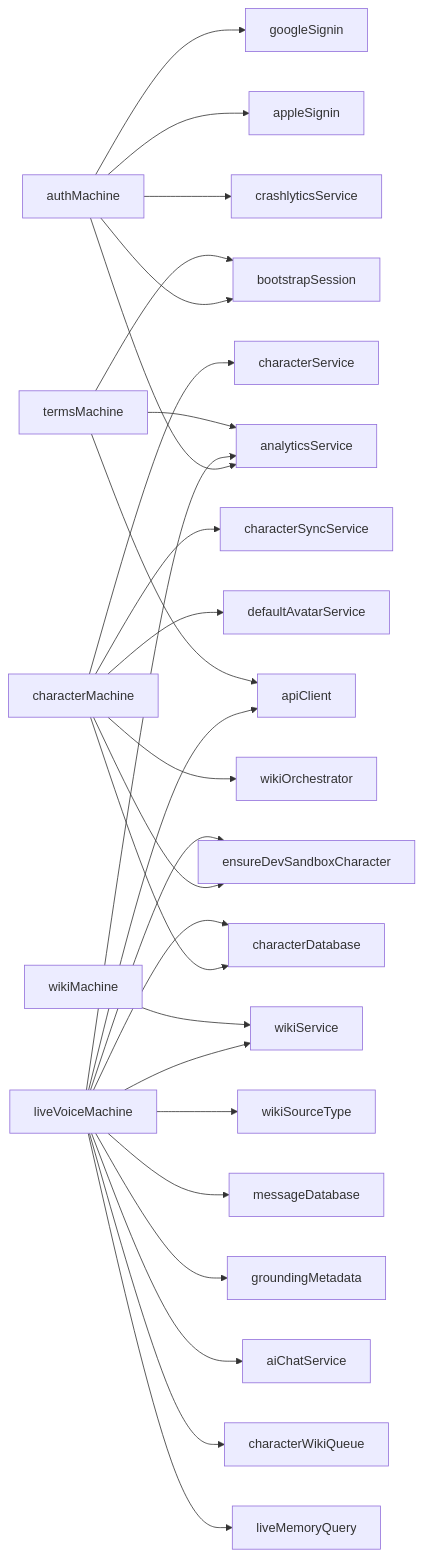
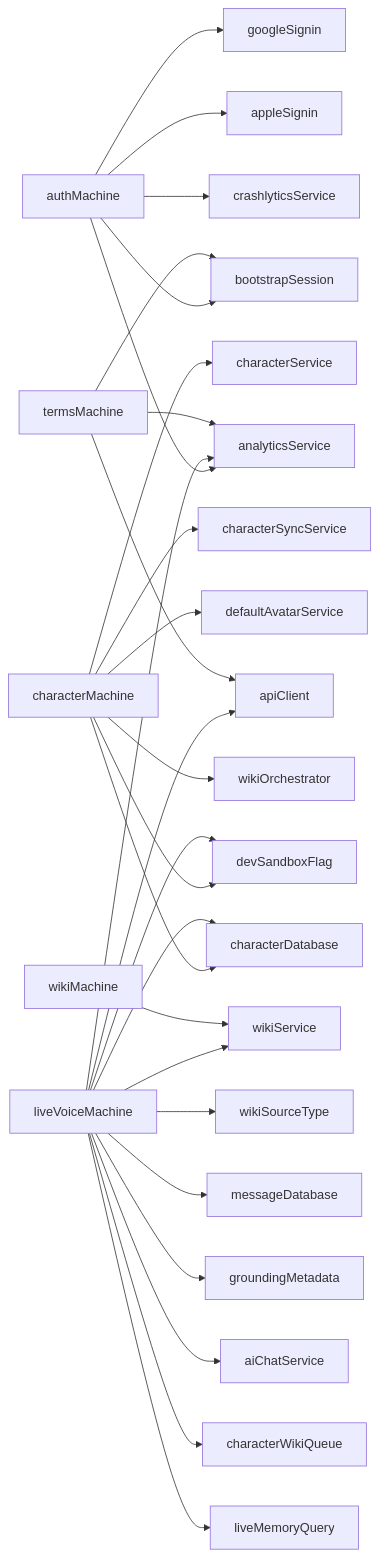
Before and after one commit to equationalapplications/clanker: the diagram in docs/flowcharts/MACHINES.md, drawn with Mermaid. The commit also changed 21 other files, not shown here.

First line of the commit message:
refactor(auth): extract devSandboxFlag to break import cycles

````diff
--- a/docs/flowcharts/MACHINES.md
+++ b/docs/flowcharts/MACHINES.md
@@ -4,29 +4,29 @@
 ```mermaid
 graph LR
   authMachine --> googleSignin
   authMachine --> appleSignin
   authMachine --> bootstrapSession
   authMachine --> crashlyticsService
   authMachine --> analyticsService
   characterMachine --> characterService
   characterMachine --> characterDatabase
   characterMachine --> characterSyncService
   characterMachine --> defaultAvatarService
   characterMachine --> wikiOrchestrator
-  characterMachine --> ensureDevSandboxCharacter
+  characterMachine --> devSandboxFlag
   liveVoiceMachine --> analyticsService
-  liveVoiceMachine --> ensureDevSandboxCharacter
+  liveVoiceMachine --> devSandboxFlag
   liveVoiceMachine --> wikiService
   liveVoiceMachine --> apiClient
   liveVoiceMachine --> wikiSourceType
   liveVoiceMachine --> messageDatabase
   liveVoiceMachine --> characterDatabase
   liveVoiceMachine --> groundingMetadata
   liveVoiceMachine --> aiChatService
   liveVoiceMachine --> characterWikiQueue
   liveVoiceMachine --> liveMemoryQuery
   termsMachine --> apiClient
   termsMachine --> analyticsService
   termsMachine --> bootstrapSession
   wikiMachine --> wikiService
 ```
````
